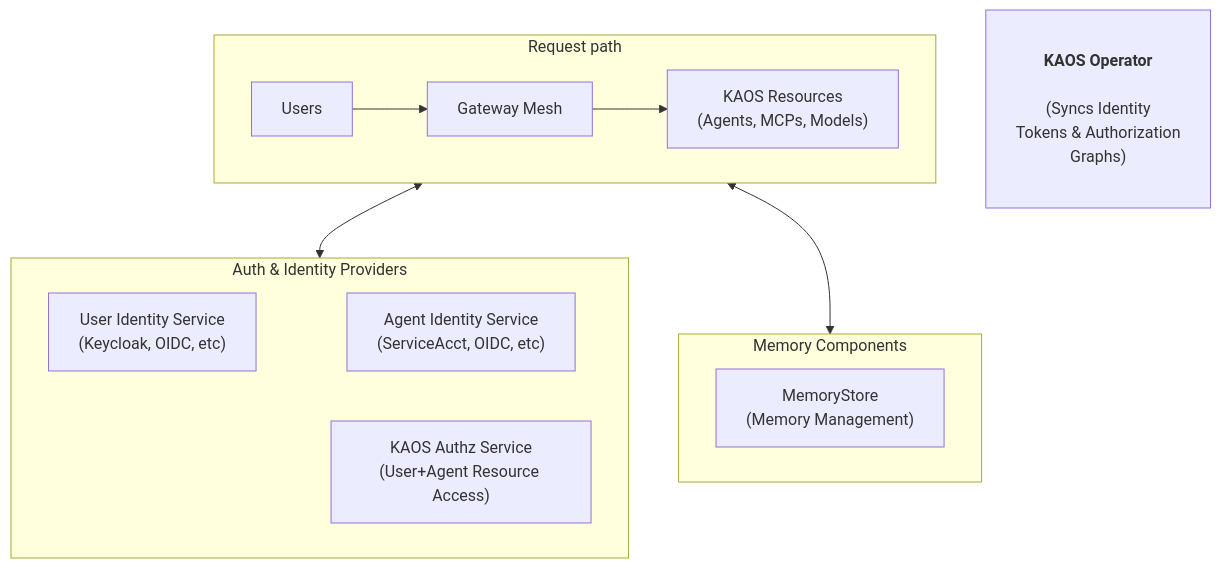
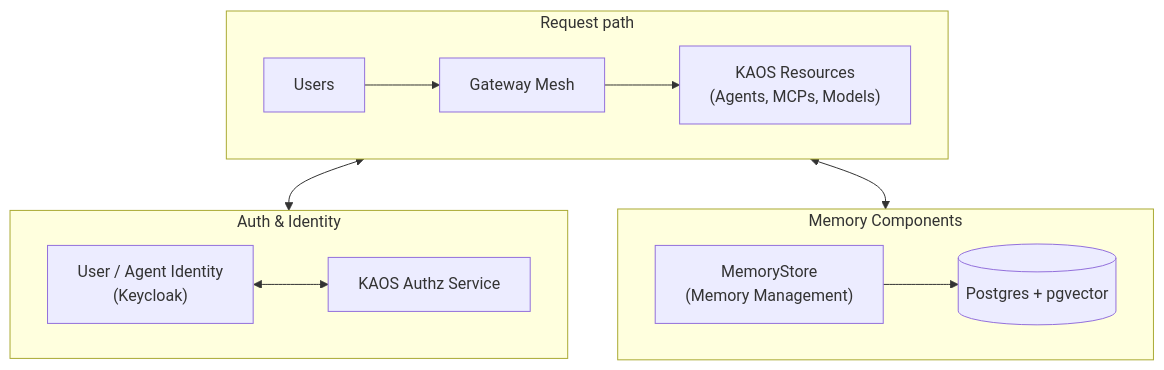
Before and after one commit to axsaucedo/kaos-adrs: the third of 8 diagrams in memory/blog/BLOGPOST_DRAFT_PART_3.md, drawn with Mermaid. The commit also changed other lines of this file, not shown here.

````diff
--- a/memory/blog/BLOGPOST_DRAFT_PART_3.md
+++ b/memory/blog/BLOGPOST_DRAFT_PART_3.md
@@ -180,28 +178,26 @@
 ```mermaid
 flowchart TB
   U["Users"]
   GW["Gateway Mesh"]
-  UAuth["User Identity Service<br>(Keycloak, OIDC, etc)"]
-  AAuth["Agent Identity Service<br>(ServiceAcct, OIDC, etc)"]
-  Authz["KAOS Authz Service<br>(User+Agent Resource Access)"]
+  ID["User / Agent Identity<br>(Keycloak)"]
+  Authz["KAOS Authz Service"]
   MS["MemoryStore<br>(Memory Management)"]
+  DB[("Postgres + pgvector")]
   KAOS["KAOS Resources<br>(Agents, MCPs, Models)"]
-  OP["⠀<br><b>KAOS Operator</b><br><br>(Syncs Identity<br> Tokens & Authorization<br> Graphs)<br>⠀"]
-
-  subgraph mem["Memory Components"]
-    MS
-  end
 
   subgraph req["Request path"]
     U --> GW
     GW --> KAOS
   end
 
-  subgraph auth["Auth & Identity Providers"]
-    UAuth ~~~ AAuth
-    Authz
+  subgraph auth["Auth & Identity"]
+    ID <--> Authz
+  end
+
+  subgraph mem["Memory Components"]
+    MS --> DB
   end
 
   req <--> auth
   req <--> mem
 ```
````
